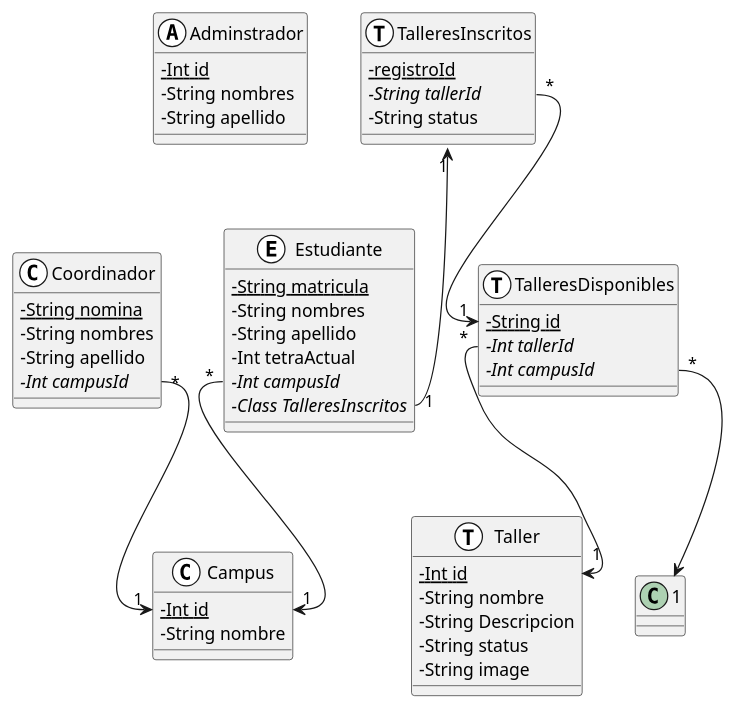
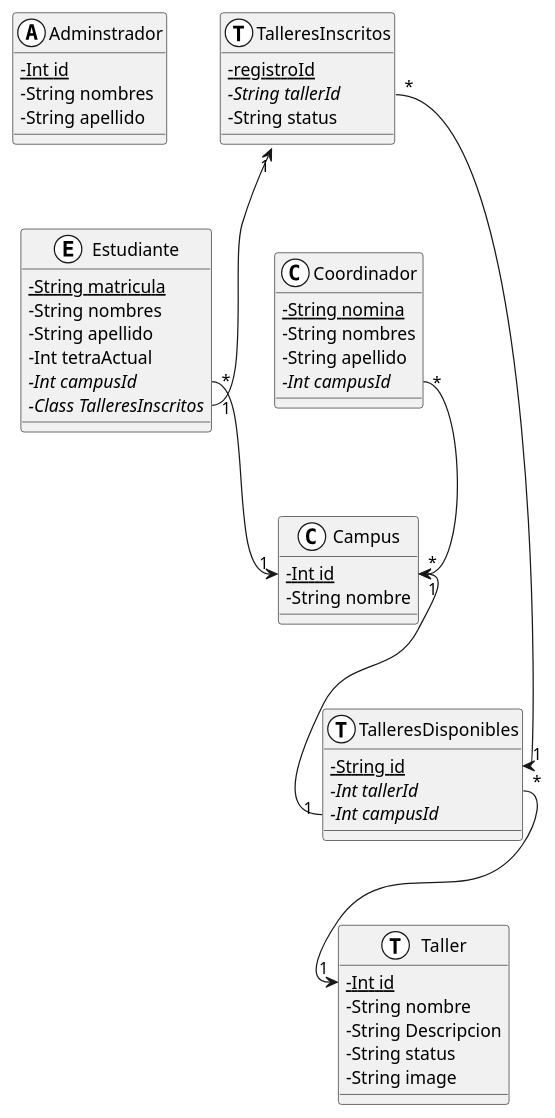
One commit to facund015/codeRelatedObsidianNotes changed the diagram in Reto/Base de datos.md. Above: the diagram before and after it, drawn with PlantUML. The commit also changed 1 other file, not shown here.

````diff
--- a/Reto/Base de datos.md
+++ b/Reto/Base de datos.md
@@ -2,63 +2,63 @@
 ```plantuml
 @startuml
 skinparam classAttributeIconSize 0
 
 class Adminstrador <<(A,white)>> {
 	{static} -Int id
 	-String nombres
 	-String apellido
 }
 
 class Estudiante <<(E,white)>> {
 	{static} - String matricula
 	-String nombres
 	-String apellido
 	-Int tetraActual
 	{abstract} -Int campusId
 	{abstract} -Class TalleresInscritos
 }
 
 class Campus <<(C,white)>> {
 	{static} -Int id
 	-String nombre
 }
 
 class TalleresInscritos <<(T,white)>> {
 	{static} -registroId 
 	{abstract} -String tallerId
 	-String status
 }
 
 class Coordinador <<(C,white)>> {
 	{static} -String nomina
 	-String nombres
 	-String apellido
 	{abstract} -Int campusId
 }
 
 class Taller <<(T,white)>> {
     {static} -Int id 
     - String nombre
 	- String Descripcion
     - String status
     - String image
 }
 
 class TalleresDisponibles <<(T, white)>> {
 	{static} -String id
 	{abstract} -Int tallerId
 	{abstract} -Int campusId
 }
 
 
 
 
 TalleresInscritos "1" <-- "1" Estudiante::TalleresInscritos
 TalleresInscritos::tallerId "*" --> "1" TalleresDisponibles::id
 TalleresDisponibles::tallerId "*" --> "1" Taller::id
- TalleresDisponibles::campusId "*" --> "1" 
+Campus::id "*" <-- "1" TalleresDisponibles::campusId
 Estudiante::campusId "*" --> "1" Campus::id
 Coordinador::campusId "*" --> "1" Campus::id 
 
 @enduml
 ```
````
